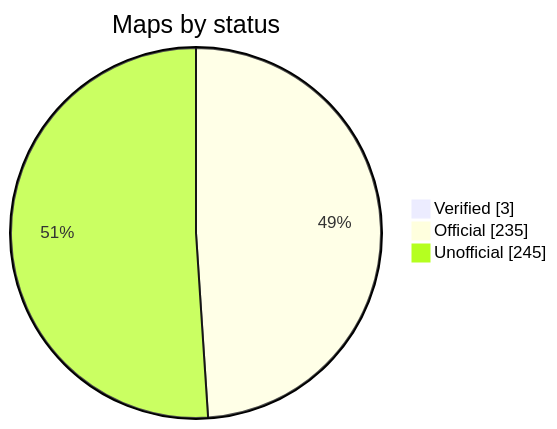
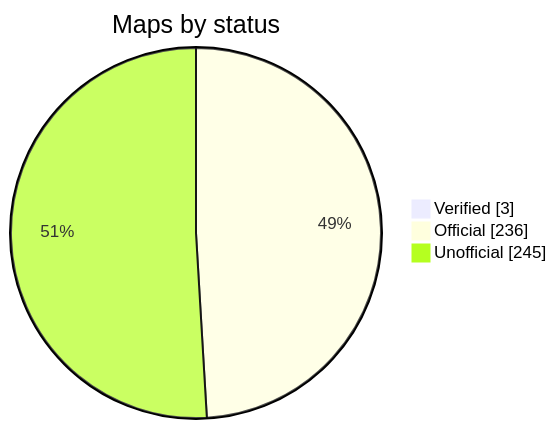
One commit to nobrega8/mbmap-library changed the diagram in README.md. Above: the diagram before and after it, drawn with Mermaid. The commit also changed 2 other files, not shown here.

Commit message:
Add the Seeed Studio SenseCAP UV radiation sensor map

````diff
--- a/README.md
+++ b/README.md
@@ -48,7 +48,7 @@
 ```mermaid
 pie showData
     title Maps by status
     "Verified" : 3
-    "Official" : 235
+    "Official" : 236
     "Unofficial" : 245
 ```
````
